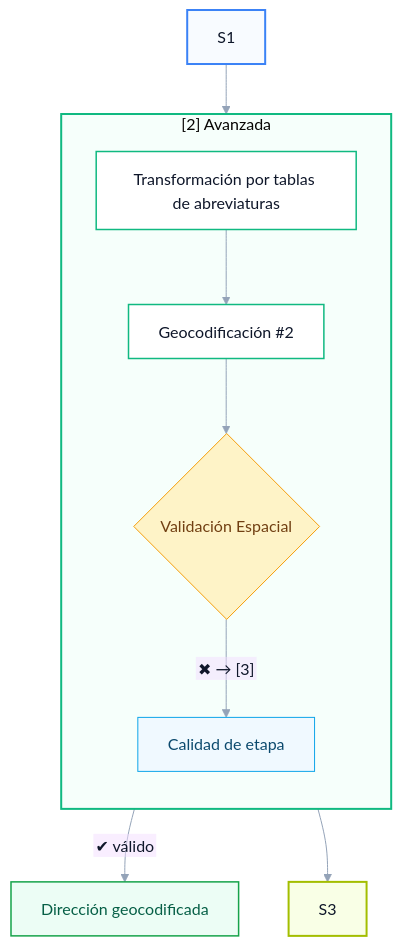
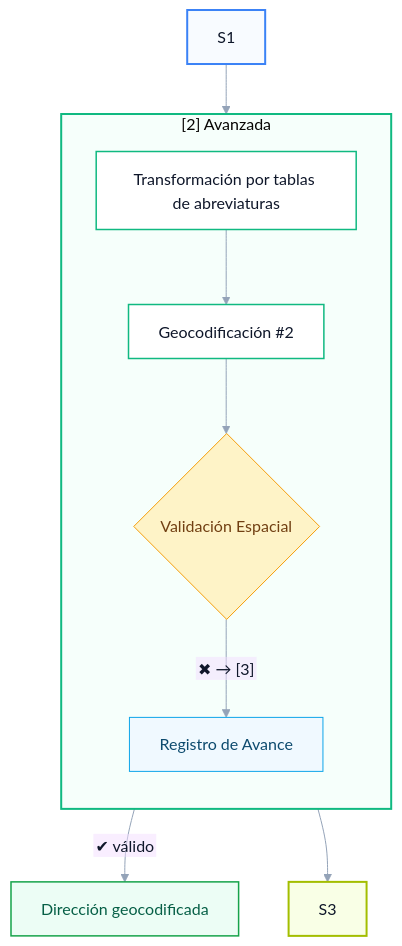
Before and after one commit to DenisSebastian/book-curso-geoanalisis-pp-2025: the fourth of 5 diagrams in geocode.qmd, drawn with Mermaid. The commit also changed other lines of this file and 31 other files, not shown here.

````diff
--- a/geocode.qmd
+++ b/geocode.qmd
@@ -783,54 +785,54 @@
 ```{mermaid fig.width=2}
 %%{init: {
   "theme": "base",
   "themeVariables": {
     "fontFamily": "Inter, Segoe UI, Roboto, sans-serif",
     "primaryTextColor": "#0f172a",
     "lineColor": "#94a3b8",
     "tertiaryColor": "#f8fafc"
   },
   "flowchart": { "htmlLabels": false, "curve": "basis" }
 }}%%
 
 flowchart TB
   %% ====== Definición de estilos ======
   classDef input fill:#E8F1FF,stroke:#3B82F6,stroke-width:1px,color:#0b3d91;
   classDef s0 fill:#F8FAFC,stroke:#64748B,stroke-width:1px,color:#0f172a;
   classDef s1 fill:#FFFFFF,stroke:#3B82F6,stroke-width:1.5px,color:#0f172a;
   classDef s2 fill:#FFFFFF,stroke:#10B981,stroke-width:1.5px,color:#0f172a;
   classDef s3 fill:#FFFFFF,stroke:#A3BE00,stroke-width:1.5px,color:#0f172a;
   classDef decision fill:#FEF3C7,stroke:#F59E0B,stroke-width:1px,color:#713f12;
   classDef qa fill:#F0F9FF,stroke:#0EA5E9,stroke-width:1px,color:#0c4a6e;
   classDef finish fill:#ECFDF5,stroke:#16A34A,stroke-width:1.5px,color:#065f46;
   classDef backlog fill:#FFF1F2,stroke:#FB7185,stroke-width:1px,color:#7f1d1d;
 
 
 
   %% ====== [2] Avanzada ======
   subgraph S2 ["[2] Avanzada"]
     direction TB
     s2a["Transformación por tablas de abreviaturas"]:::s2
     s2b["Geocodificación #2"]:::s2
     s2c{"Validación Espacial"}:::decision
-    s2d["Calidad de etapa"]:::qa
+    s2d["Registro de Avance"]:::qa
   end
 
 
   %% ====== Salidas ======
   OUT["Dirección geocodificada"]:::finish
 
   %% ====== Flujo ======
   S1 --> S2
   s2a --> s2b --> s2c
   s2c -- "✔ válido" --> OUT
   s2c -- "✖ → [3]" --> s2d --> S3
 
 
 
 
   %% ====== Estilos de subgrupos ======
   style S1 stroke:#3B82F6,stroke-width:2px,fill:#F8FBFF
   style S2 stroke:#10B981,stroke-width:2px,fill:#F6FFFB
   style S3 stroke:#A3BE00,stroke-width:2px,fill:#F9FFE6
 
 ```
````
